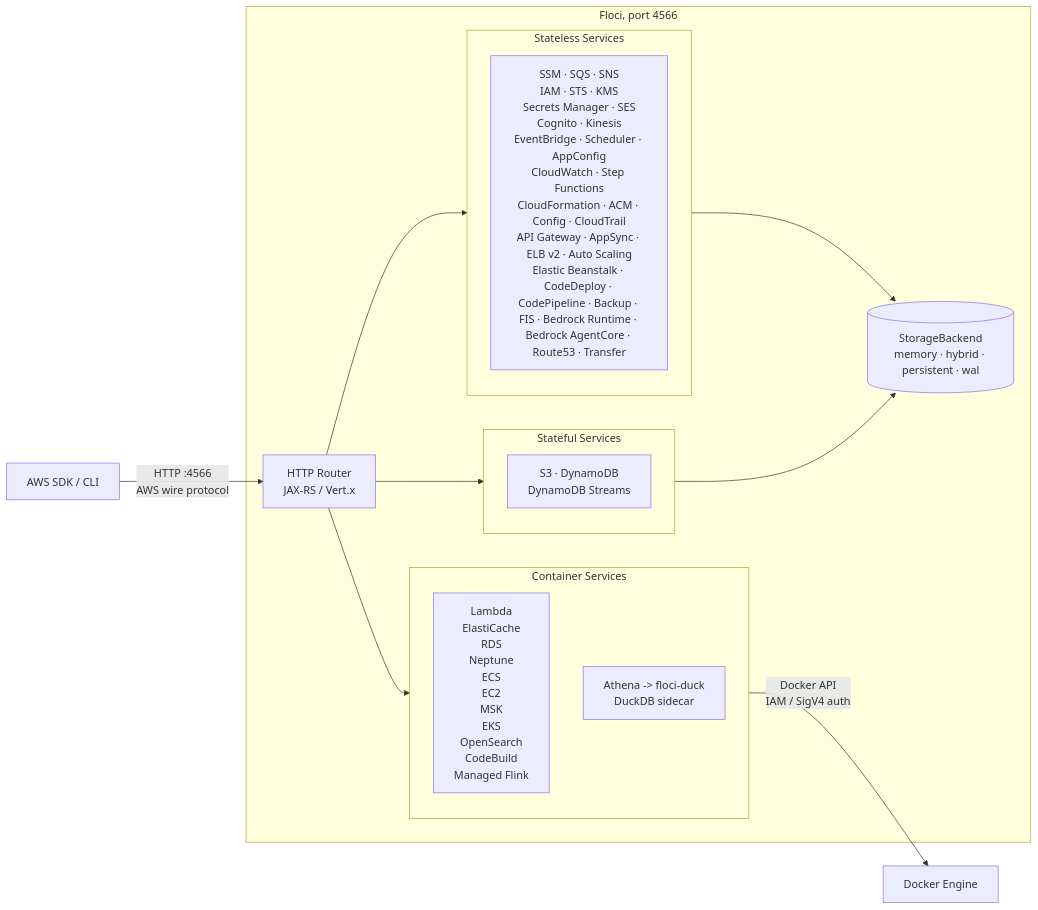
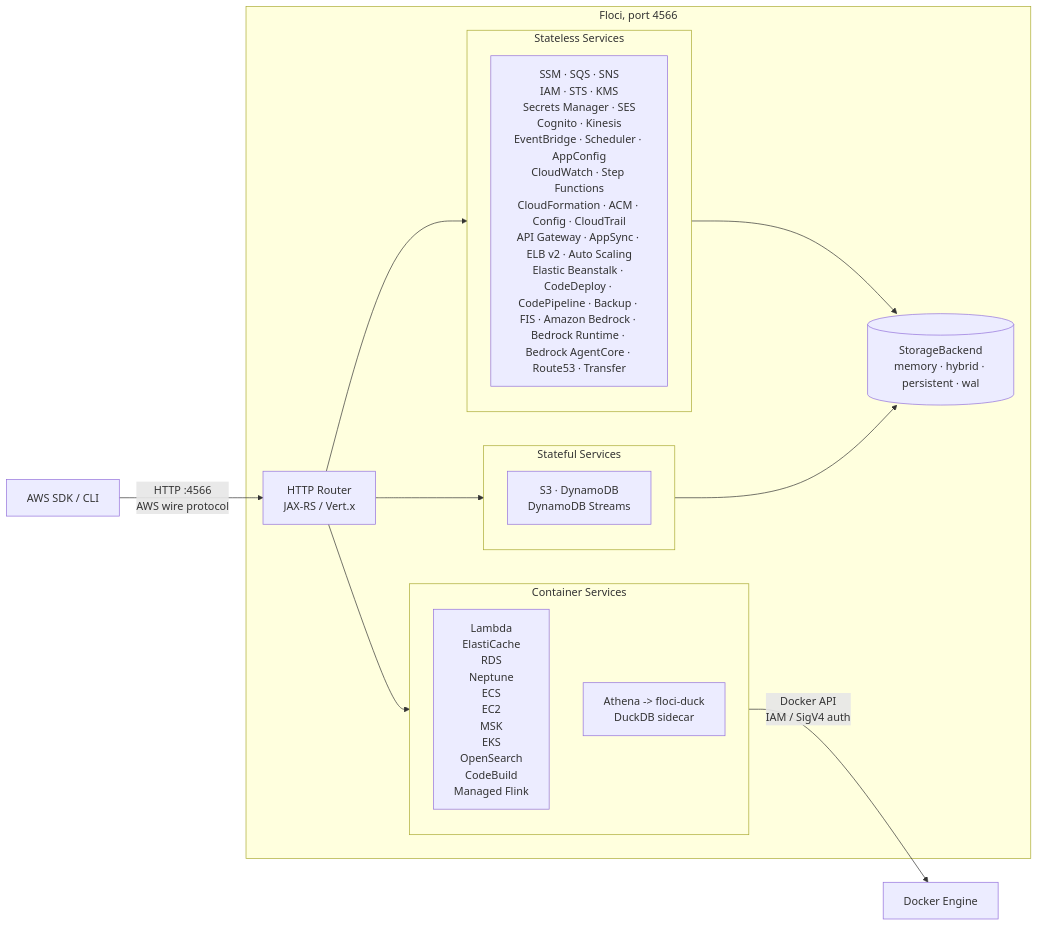
One commit to KenkoGeek/floci changed the diagram in README.md. Above: the diagram before and after it, drawn with Mermaid. The commit also changed other lines of this file and 13 other files, not shown here.

````diff
--- a/README.md
+++ b/README.md
@@ -197,30 +197,30 @@
 ```mermaid
 flowchart LR
     Client["AWS SDK / CLI"]
 
     subgraph Floci ["Floci, port 4566"]
         Router["HTTP Router\nJAX-RS / Vert.x"]
 
         subgraph Stateless ["Stateless Services"]
-            A["SSM · SQS · SNS\nIAM · STS · KMS\nSecrets Manager · SES\nCognito · Kinesis\nEventBridge · Scheduler · AppConfig\nCloudWatch · Step Functions\nCloudFormation · ACM · Config · CloudTrail\nAPI Gateway · AppSync · ELB v2 · Auto Scaling\nElastic Beanstalk · CodeDeploy · CodePipeline · Backup · FIS · Bedrock Runtime · Bedrock AgentCore · Route53 · Transfer"]
+            A["SSM · SQS · SNS\nIAM · STS · KMS\nSecrets Manager · SES\nCognito · Kinesis\nEventBridge · Scheduler · AppConfig\nCloudWatch · Step Functions\nCloudFormation · ACM · Config · CloudTrail\nAPI Gateway · AppSync · ELB v2 · Auto Scaling\nElastic Beanstalk · CodeDeploy · CodePipeline · Backup · FIS · Amazon Bedrock · Bedrock Runtime · Bedrock AgentCore · Route53 · Transfer"]
         end
 
         subgraph Stateful ["Stateful Services"]
             B["S3 · DynamoDB\nDynamoDB Streams"]
         end
 
         subgraph Containers ["Container Services"]
             C["Lambda\nElastiCache\nRDS\nNeptune\nECS\nEC2\nMSK\nEKS\nOpenSearch\nCodeBuild\nManaged Flink"]
             D["Athena -> floci-duck\nDuckDB sidecar"]
         end
 
         Router --> Stateless
         Router --> Stateful
         Router --> Containers
         Stateless & Stateful --> Store[("StorageBackend\nmemory · hybrid · persistent · wal")]
     end
 
     Docker["Docker Engine"]
     Client -->|"HTTP :4566\nAWS wire protocol"| Router
     Containers -->|"Docker API\nIAM / SigV4 auth"| Docker
 ```
````
